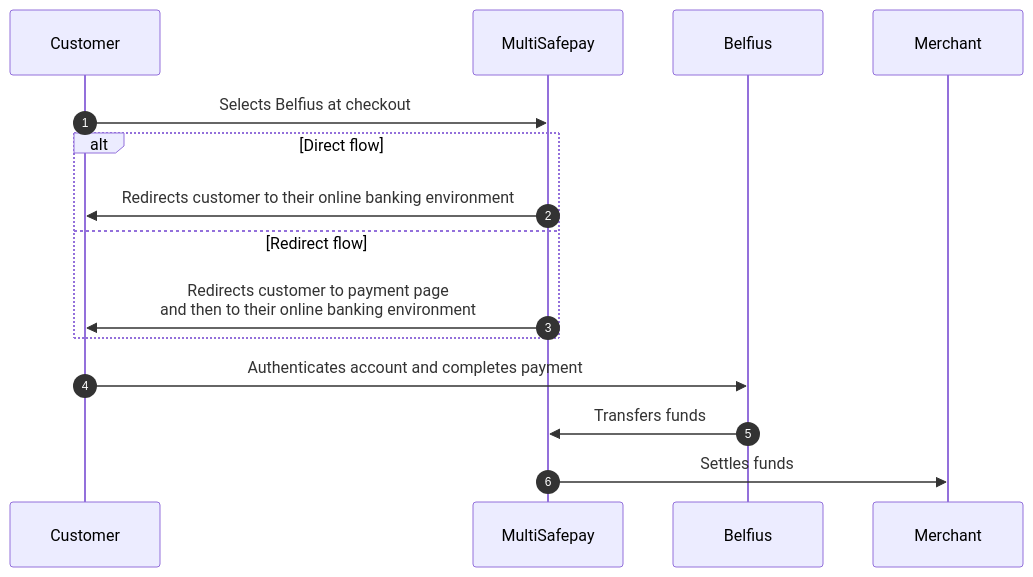
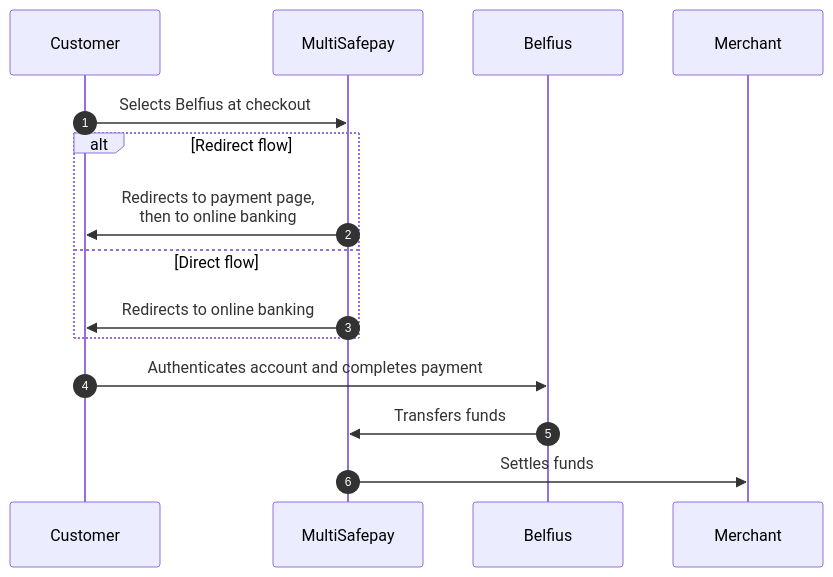
Before and after one commit to MultiSafepay/docs: the diagram in content/payments/methods/banks/belfius/payment-flow.md, drawn with Mermaid. The commit also changed other lines of this file and 35 other files, not shown here.

```diff
--- a/content/payments/methods/banks/belfius/payment-flow.md
+++ b/content/payments/methods/banks/belfius/payment-flow.md
@@ -16,20 +16,20 @@
 {{< mermaid class="text-center" >}}
 
 sequenceDiagram
     autonumber
     participant C as Customer
     participant Mu as MultiSafepay
     participant B as Belfius
     participant Me as Merchant
 
     C->>Mu: Selects Belfius at checkout
-    alt Direct flow
-    Mu->>C: Redirects customer to their online banking environment
-    else Redirect flow
-    Mu->>C: Redirects customer to payment page <br> and then to their online banking environment
+    alt Redirect flow
+    Mu->>C: Redirects to payment page, <br> then to online banking
+    else Direct flow
+    Mu->>C: Redirects to online banking
     end
     C->>B: Authenticates account and completes payment
     B->>Mu: Transfers funds 
     Mu->>Me: Settles funds
 
 {{< /mermaid >}}
```
